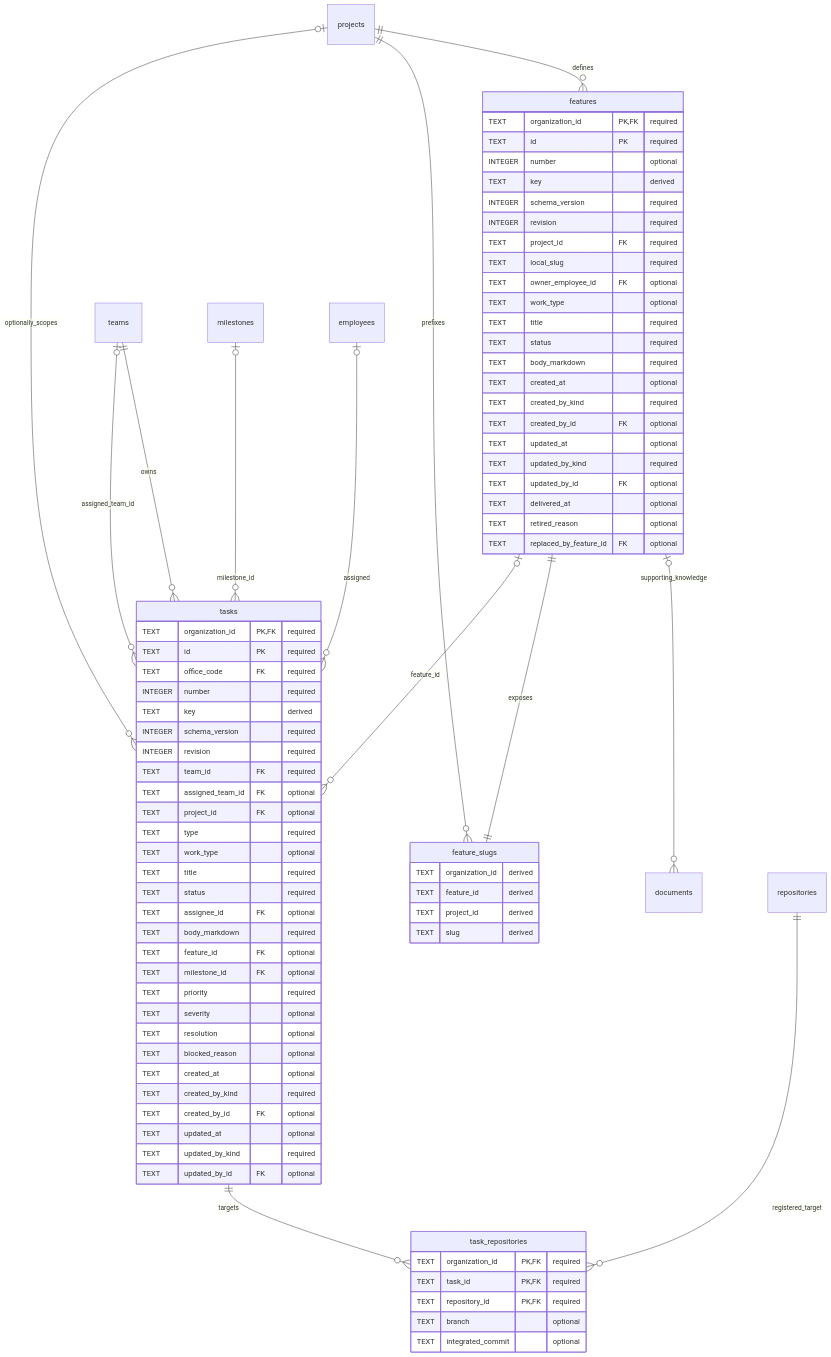
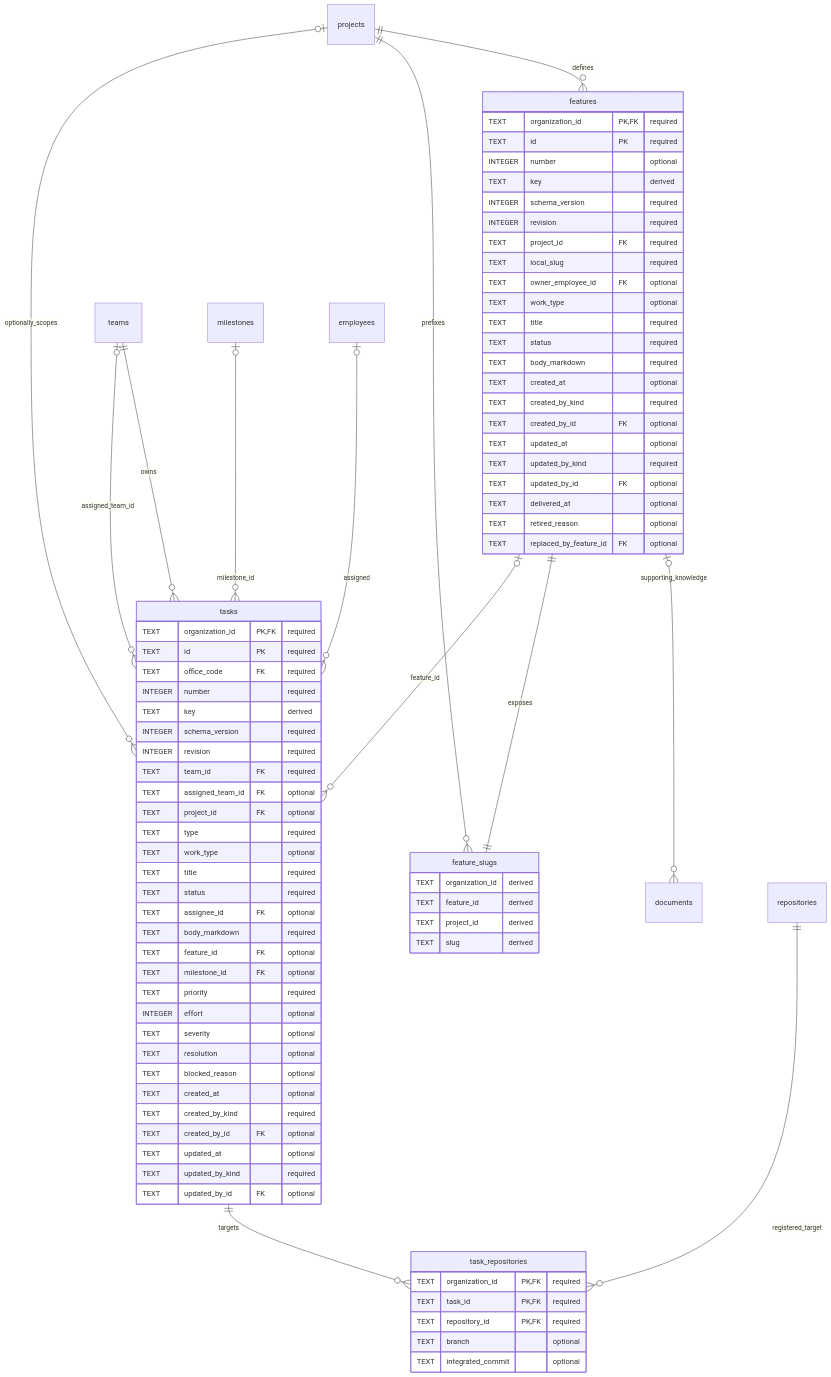
The first of 3 diagrams in docs/design/organization-data/03-features-and-work.md (vgmello/agentic-org), drawn with Mermaid before and after one commit. The commit also changed other lines of this file and 9 other files, not shown here.

First line of the commit message:
docs: tasks have a closed priority list and an optional effort in points; propose how creation enters the journal

```diff
--- a/docs/design/organization-data/03-features-and-work.md
+++ b/docs/design/organization-data/03-features-and-work.md
@@ -70,6 +70,7 @@
         TEXT feature_id FK "optional"
         TEXT milestone_id FK "optional"
         TEXT priority "required"
+        INTEGER effort "optional"
         TEXT severity "optional"
         TEXT resolution "optional"
         TEXT blocked_reason "optional"
```
